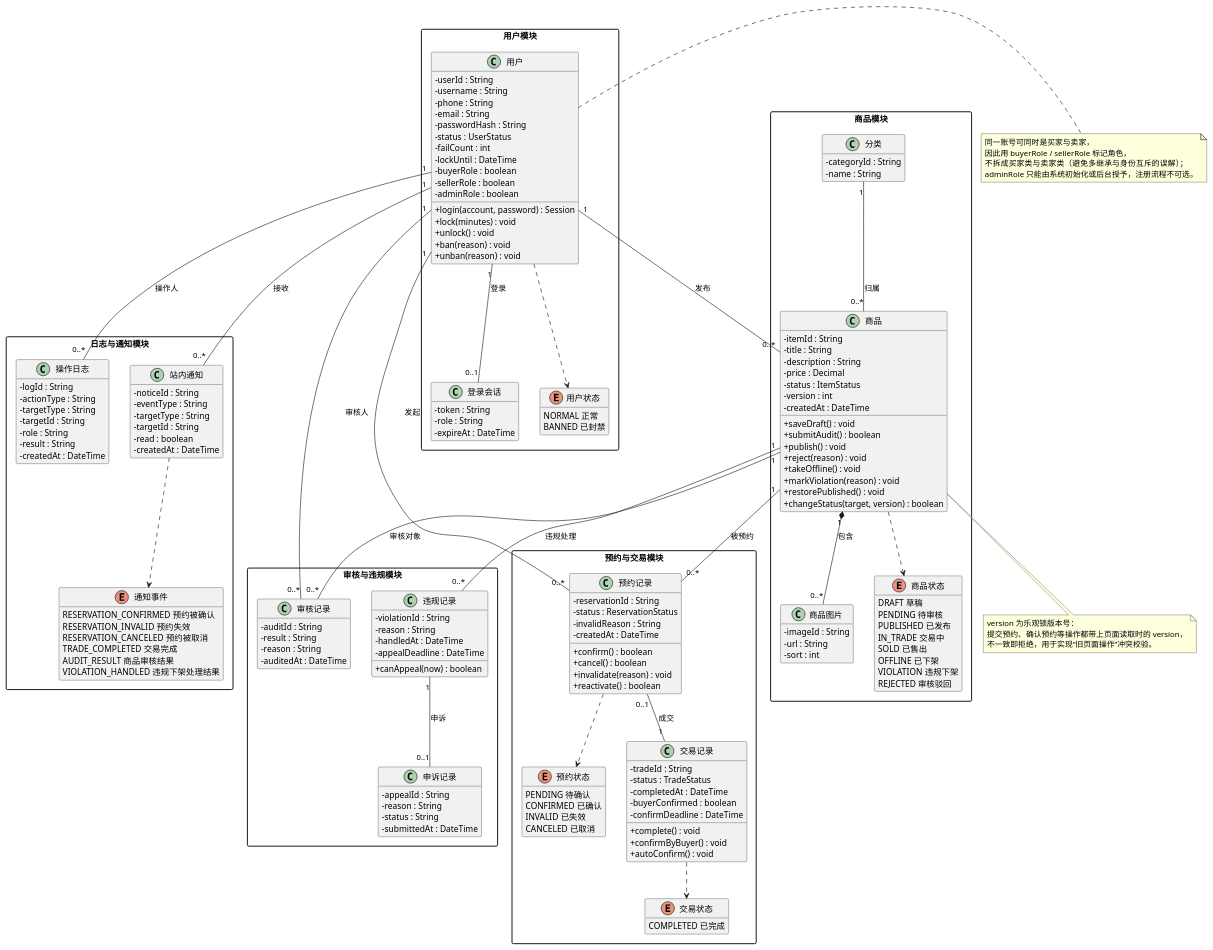
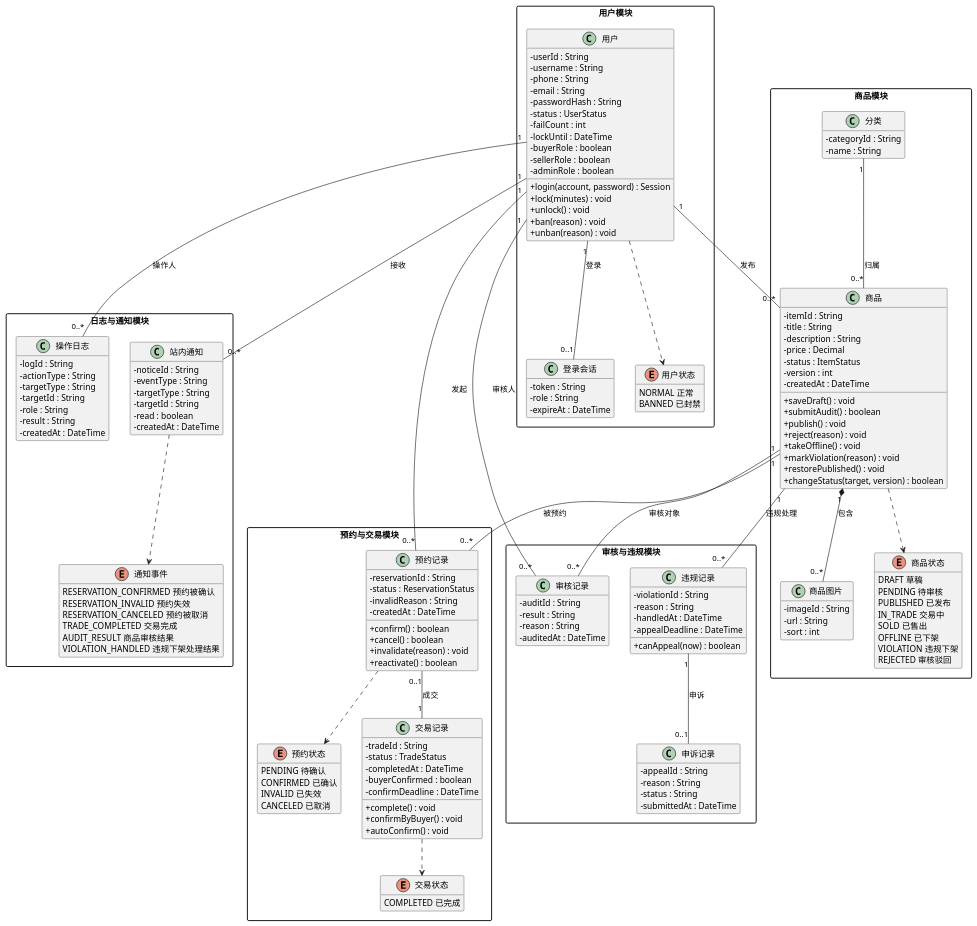
The diagram in UML/UML类图.puml (zhley/SE_Lab), drawn with PlantUML before and after one commit. The commit also changed 4 other files, not shown here.

```diff
--- a/UML/UML类图.puml
+++ b/UML/UML类图.puml
@@ -1,192 +1,179 @@
 @startuml UML类图
 skinparam defaultFontName "Microsoft YaHei"
 skinparam classAttributeIconSize 0
 skinparam packageStyle rectangle
 hide empty members
 
 package 用户模块 {
   class "用户" as User {
     - userId : String
     - username : String
     - phone : String
     - email : String
     - passwordHash : String
     - status : UserStatus
     - failCount : int
     - lockUntil : DateTime
     - buyerRole : boolean
     - sellerRole : boolean
     - adminRole : boolean
     + login(account, password) : Session
     + lock(minutes) : void
     + unlock() : void
     + ban(reason) : void
     + unban(reason) : void
   }
   class "登录会话" as Session {
     - token : String
     - role : String
     - expireAt : DateTime
   }
   enum "用户状态" as UserStatus {
     NORMAL 正常
     BANNED 已封禁
   }
 }
 
 package 商品模块 {
   class "商品" as Item {
     - itemId : String
     - title : String
     - description : String
     - price : Decimal
     - status : ItemStatus
     - version : int
     - createdAt : DateTime
     + saveDraft() : void
     + submitAudit() : boolean
     + publish() : void
     + reject(reason) : void
     + takeOffline() : void
     + markViolation(reason) : void
     + restorePublished() : void
     + changeStatus(target, version) : boolean
   }
   class "商品图片" as ItemImage {
     - imageId : String
     - url : String
     - sort : int
   }
   class "分类" as Category {
     - categoryId : String
     - name : String
   }
   enum "商品状态" as ItemStatus {
     DRAFT 草稿
     PENDING 待审核
     PUBLISHED 已发布
     IN_TRADE 交易中
     SOLD 已售出
     OFFLINE 已下架
     VIOLATION 违规下架
     REJECTED 审核驳回
   }
 }
 
 package 预约与交易模块 {
   class "预约记录" as Reservation {
     - reservationId : String
     - status : ReservationStatus
     - invalidReason : String
     - createdAt : DateTime
     + confirm() : boolean
     + cancel() : boolean
     + invalidate(reason) : void
     + reactivate() : boolean
   }
   enum "预约状态" as ReservationStatus {
     PENDING 待确认
     CONFIRMED 已确认
     INVALID 已失效
     CANCELED 已取消
   }
   class "交易记录" as Trade {
     - tradeId : String
     - status : TradeStatus
     - completedAt : DateTime
     - buyerConfirmed : boolean
     - confirmDeadline : DateTime
     + complete() : void
     + confirmByBuyer() : void
     + autoConfirm() : void
   }
   enum "交易状态" as TradeStatus {
     COMPLETED 已完成
   }
 }
 
 package 审核与违规模块 {
   class "审核记录" as AuditRecord {
     - auditId : String
     - result : String
     - reason : String
     - auditedAt : DateTime
   }
   class "违规记录" as ViolationRecord {
     - violationId : String
     - reason : String
     - handledAt : DateTime
     - appealDeadline : DateTime
     + canAppeal(now) : boolean
   }
   class "申诉记录" as Appeal {
     - appealId : String
     - reason : String
     - status : String
     - submittedAt : DateTime
   }
 }
 
 package 日志与通知模块 {
   class "操作日志" as OperationLog {
     - logId : String
     - actionType : String
     - targetType : String
     - targetId : String
     - role : String
     - result : String
     - createdAt : DateTime
   }
   class "站内通知" as Notification {
     - noticeId : String
     - eventType : String
     - targetType : String
     - targetId : String
     - read : boolean
     - createdAt : DateTime
   }
   enum "通知事件" as NoticeType {
     RESERVATION_CONFIRMED 预约被确认
     RESERVATION_INVALID 预约失效
     RESERVATION_CANCELED 预约被取消
     TRADE_COMPLETED 交易完成
     AUDIT_RESULT 商品审核结果
     VIOLATION_HANDLED 违规下架处理结果
   }
 }
 
 ' ---------- 关联关系 ----------
 User "1" -- "0..*" Item : 发布
 Category "1" -- "0..*" Item : 归属
 Item "1" *-- "0..*" ItemImage : 包含
 User "1" -- "0..*" Reservation : 发起
 Item "1" -- "0..*" Reservation : 被预约
 Reservation "0..1" -- "1" Trade : 成交
 Item "1" -- "0..*" AuditRecord : 审核对象
 User "1" -- "0..*" AuditRecord : 审核人
 Item "1" -- "0..*" ViolationRecord : 违规处理
 ViolationRecord "1" -- "0..1" Appeal : 申诉
 User "1" -- "0..*" OperationLog : 操作人
 User "1" -- "0..*" Notification : 接收
 User "1" -- "0..1" Session : 登录
 
 User ..> UserStatus
 Item ..> ItemStatus
 Reservation ..> ReservationStatus
 Trade ..> TradeStatus
 Notification ..> NoticeType
 
-note right of User
-  同一账号可同时是买家与卖家，
-  因此用 buyerRole / sellerRole 标记角色，
-  不拆成买家类与卖家类（避免多继承与身份互斥的误解）；
-  adminRole 只能由系统初始化或后台授予，注册流程不可选。
-end note
-
-note bottom of Item
-  version 为乐观锁版本号：
-  提交预约、确认预约等操作都带上页面读取时的 version，
-  不一致即拒绝，用于实现“旧页面操作”冲突校验。
-end note
-
 @enduml
```
